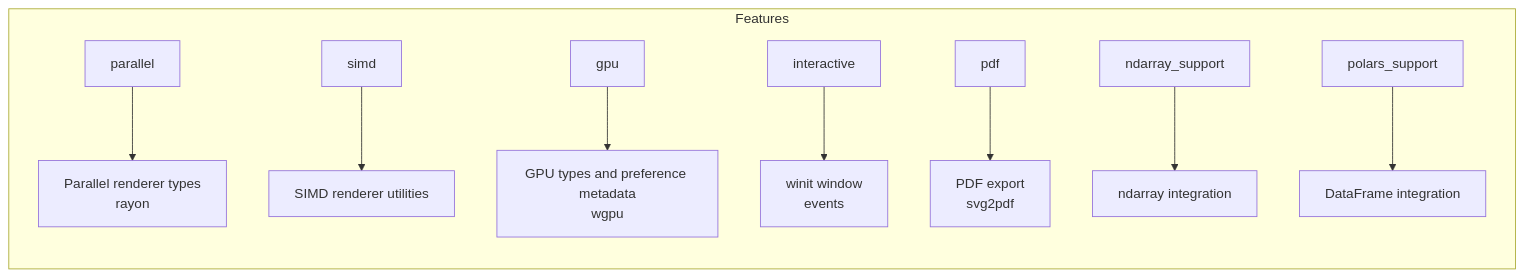
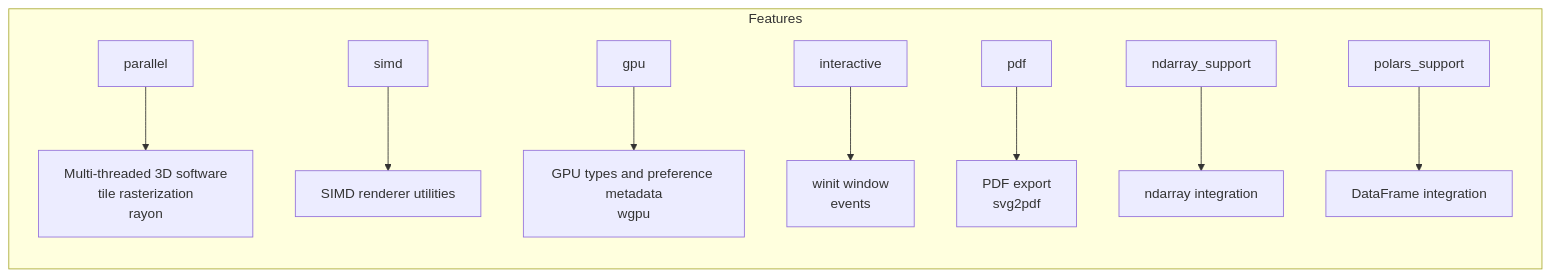
Before and after one commit to Ameyanagi/ruviz: the seventh of 7 diagrams in docs/ARCHITECTURE.md, drawn with Mermaid. The commit also changed other lines of this file and 148 other files, not shown here.

````diff
--- a/docs/ARCHITECTURE.md
+++ b/docs/ARCHITECTURE.md
@@ -305,12 +300,12 @@
 ```mermaid
 graph LR
     subgraph Features
-        A[parallel] --> B[Parallel renderer types<br/>rayon]
+        A[parallel] --> B[Multi-threaded 3D software<br/>tile rasterization<br/>rayon]
         C[simd] --> D[SIMD renderer utilities]
         E[gpu] --> F[GPU types and preference metadata<br/>wgpu]
         G[interactive] --> H[winit window<br/>events]
         I[pdf] --> J[PDF export<br/>svg2pdf]
         K[ndarray_support] --> L[ndarray integration]
         M[polars_support] --> N[DataFrame integration]
     end
 ```
````
